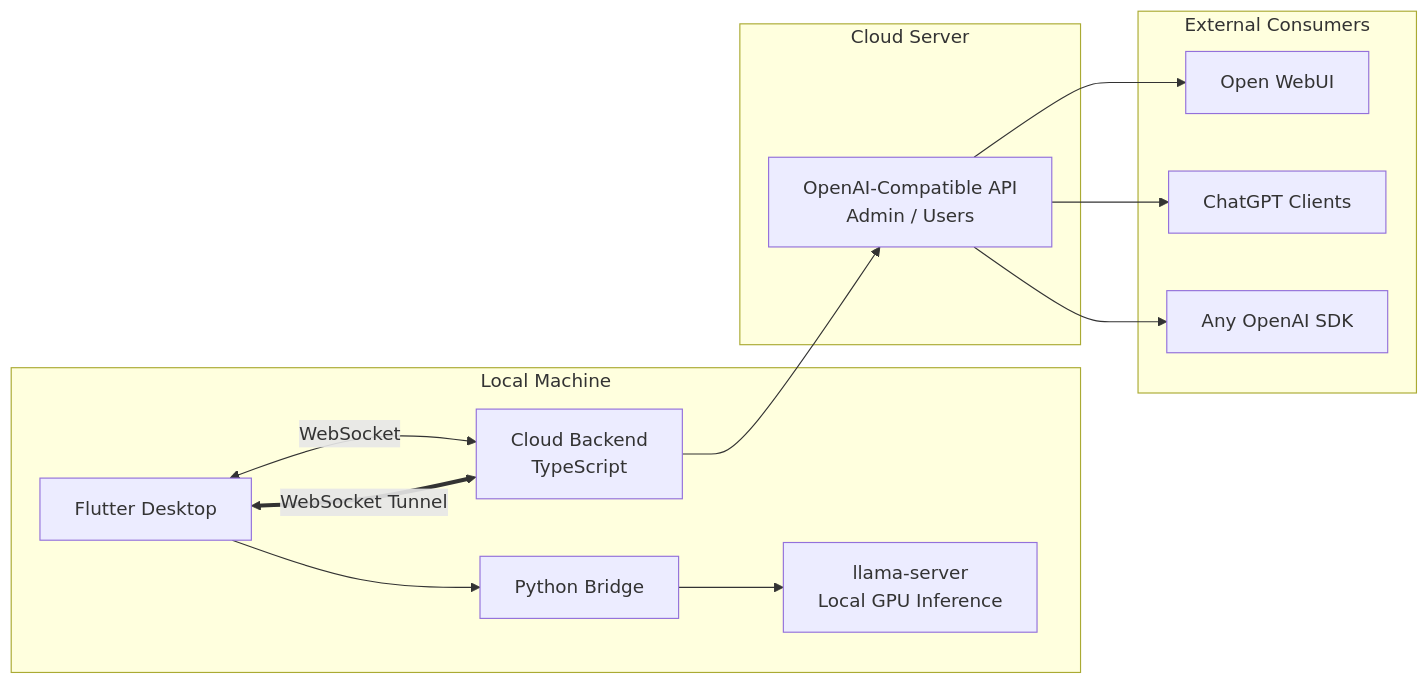
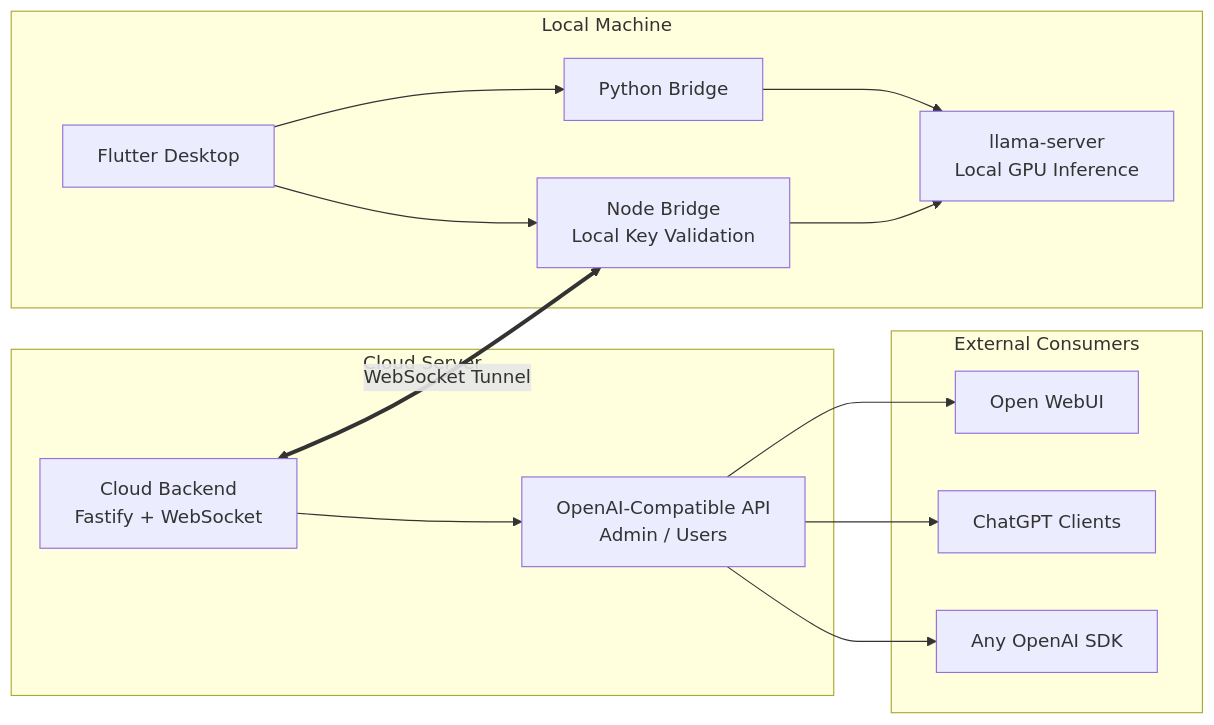
The diagram in README_EN.md (tianxingstarsky/OpenMyModel), drawn with Mermaid before and after one commit. The commit also changed other lines of this file and 47 other files, not shown here.

````diff
--- a/README_EN.md
+++ b/README_EN.md
@@ -25,20 +25,21 @@
 ```mermaid
 flowchart LR
     subgraph Local Machine
         A[Flutter Desktop] --> B[Python Bridge]
         B --> C[llama-server<br/>Local GPU Inference]
-        A <-->|WebSocket| D[Cloud Backend<br/>TypeScript]
+        A --> N[Node Bridge<br/>Local Key Validation]
+        N --> C
     end
 
     subgraph Cloud Server
-        D --> E[OpenAI-Compatible API<br/>Admin / Users]
+        D[Cloud Backend<br/>Fastify + WebSocket] --> E[OpenAI-Compatible API<br/>Admin / Users]
     end
 
     subgraph External Consumers
         E --> F[Open WebUI]
         E --> G[ChatGPT Clients]
         E --> H[Any OpenAI SDK]
     end
 
-    D <== WebSocket Tunnel ==> A
+    D <== WebSocket Tunnel ==> N
 ```
````
